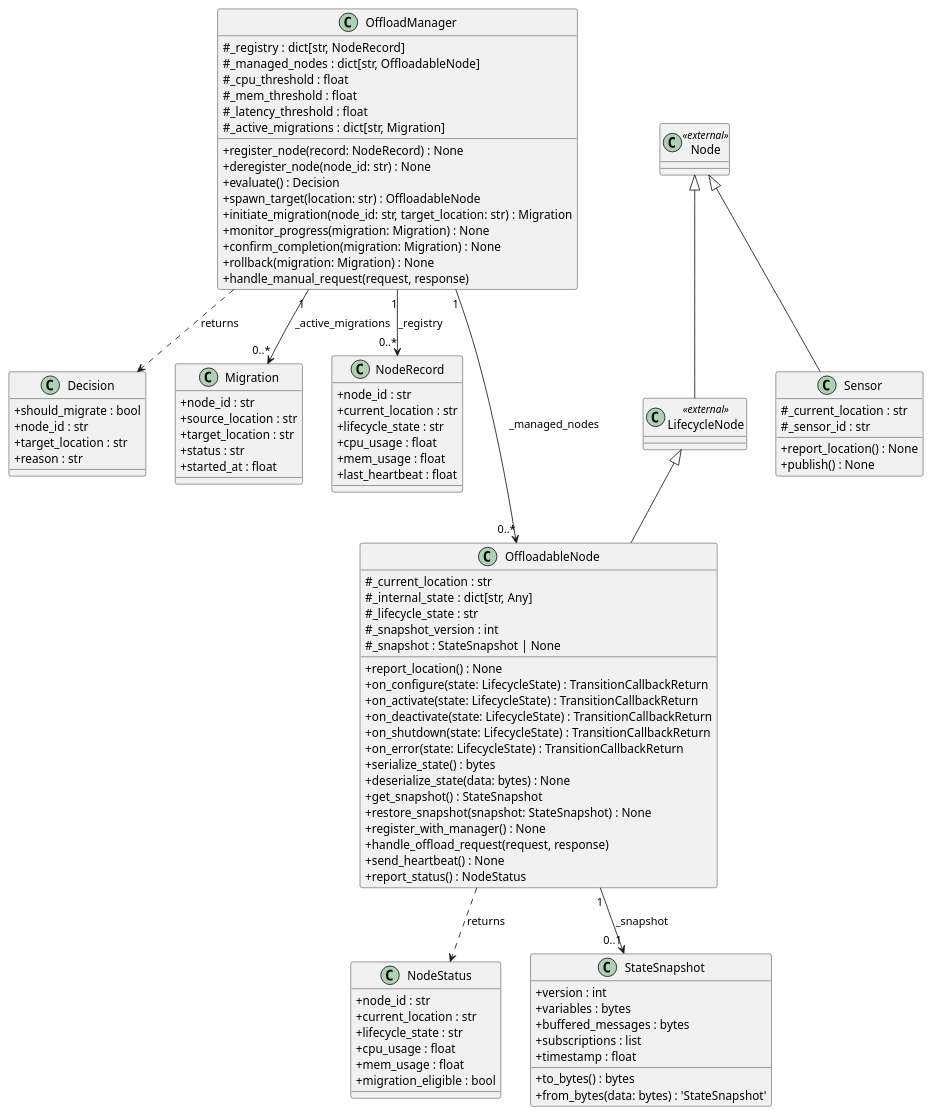
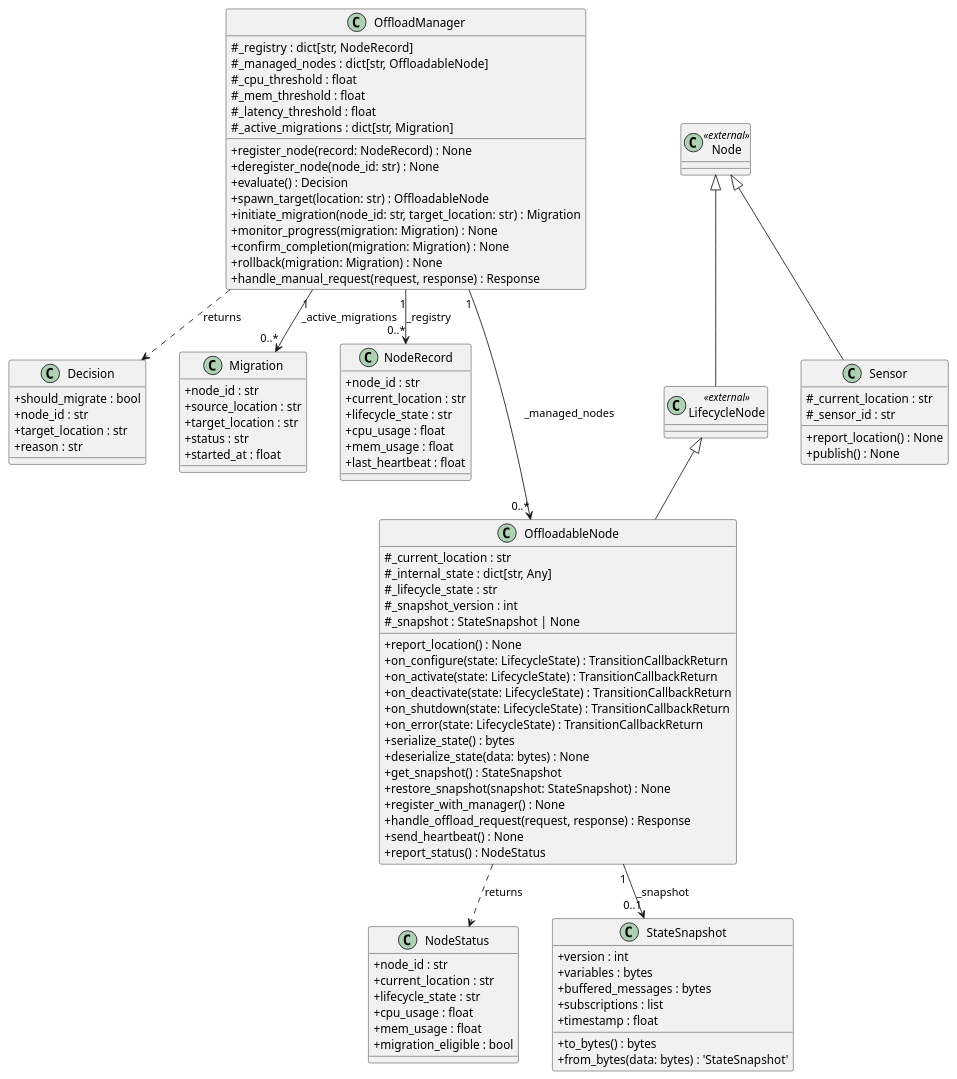
Before and after one commit to tridibbanik17/Task_Offloading_Initial_Architecture: the diagram in diagrams/classes_task_offloading.puml, drawn with PlantUML.

Commit message:
Added return types for all operations

```diff
--- a/diagrams/classes_task_offloading.puml
+++ b/diagrams/classes_task_offloading.puml
@@ -1,115 +1,118 @@
 @startuml classes_task_offloading
 set namespaceSeparator none
 skinparam classAttributeIconSize 0
 ' All classes here are concrete; render methods plain (not italic) so they
 ' are not misread as abstract.
 skinparam classFontStyle plain
 skinparam classAttributeFontStyle plain
+' Tighten spacing so multiplicity labels sit closer to the arrowheads.
+skinparam nodesep 40
+skinparam ranksep 45
 
 ' --- External base classes + Sensor (declared first to rank near the top) ---
 class "Node" as rclpy.node.Node <<external>>
 class "LifecycleNode" as rclpy.lifecycle.LifecycleNode <<external>>
 class "Sensor" as task_offloading.sensor.Sensor {
   # _current_location : str
   # _sensor_id : str
   + report_location() : None
   + publish() : None
 }
 
 class "Decision" as task_offloading.value_types.Decision {
   + should_migrate : bool
   + node_id : str
   + target_location : str
   + reason : str
 }
 class "Migration" as task_offloading.value_types.Migration {
   + node_id : str
   + source_location : str
   + target_location : str
   + status : str
   + started_at : float
 }
 class "NodeRecord" as task_offloading.value_types.NodeRecord {
   + node_id : str
   + current_location : str
   + lifecycle_state : str
   + cpu_usage : float
   + mem_usage : float
   + last_heartbeat : float
 }
 class "NodeStatus" as task_offloading.value_types.NodeStatus {
   + node_id : str
   + current_location : str
   + lifecycle_state : str
   + cpu_usage : float
   + mem_usage : float
   + migration_eligible : bool
 }
 class "StateSnapshot" as task_offloading.value_types.StateSnapshot {
   + version : int
   + variables : bytes
   + buffered_messages : bytes
   + subscriptions : list
   + timestamp : float
   + to_bytes() : bytes
   + from_bytes(data: bytes) : 'StateSnapshot'
 }
 class "OffloadManager" as task_offloading.offload_manager.OffloadManager {
   # _registry : dict[str, NodeRecord]
   # _managed_nodes : dict[str, OffloadableNode]
   # _cpu_threshold : float
   # _mem_threshold : float
   # _latency_threshold : float
   # _active_migrations : dict[str, Migration]
   + register_node(record: NodeRecord) : None
   + deregister_node(node_id: str) : None
   + evaluate() : Decision
   + spawn_target(location: str) : OffloadableNode
   + initiate_migration(node_id: str, target_location: str) : Migration
   + monitor_progress(migration: Migration) : None
   + confirm_completion(migration: Migration) : None
   + rollback(migration: Migration) : None
-  + handle_manual_request(request, response)
+  + handle_manual_request(request, response) : Response
 }
 class "OffloadableNode" as task_offloading.offloadable_node.OffloadableNode {
   # _current_location : str
   # _internal_state : dict[str, Any]
   # _lifecycle_state : str
   # _snapshot_version : int
   # _snapshot : StateSnapshot | None
   + report_location() : None
   + on_configure(state: LifecycleState) : TransitionCallbackReturn
   + on_activate(state: LifecycleState) : TransitionCallbackReturn
   + on_deactivate(state: LifecycleState) : TransitionCallbackReturn
   + on_shutdown(state: LifecycleState) : TransitionCallbackReturn
   + on_error(state: LifecycleState) : TransitionCallbackReturn
   + serialize_state() : bytes
   + deserialize_state(data: bytes) : None
   + get_snapshot() : StateSnapshot
   + restore_snapshot(snapshot: StateSnapshot) : None
   + register_with_manager() : None
-  + handle_offload_request(request, response)
+  + handle_offload_request(request, response) : Response
   + send_heartbeat() : None
   + report_status() : NodeStatus
 }
 ' --- Inheritance (declared parent <|-- child so parents rank at the top) ---
 ' LifecycleNode inherits Node in rclpy, so OffloadableNode is transitively a Node.
 rclpy.node.Node <|-- rclpy.lifecycle.LifecycleNode
 rclpy.node.Node <|-- task_offloading.sensor.Sensor
 rclpy.lifecycle.LifecycleNode <|-- task_offloading.offloadable_node.OffloadableNode
 
 ' --- Associations (stored attributes) ---
 task_offloading.offload_manager.OffloadManager "1" --> "0..*" task_offloading.offloadable_node.OffloadableNode : _managed_nodes
 task_offloading.offload_manager.OffloadManager "1" --> "0..*" task_offloading.value_types.Migration : _active_migrations
 task_offloading.offload_manager.OffloadManager "1" --> "0..*" task_offloading.value_types.NodeRecord : _registry
 task_offloading.offloadable_node.OffloadableNode "1" --> "0..1" task_offloading.value_types.StateSnapshot : _snapshot
 
 ' --- Dependencies (types used only in method signatures) ---
 task_offloading.offload_manager.OffloadManager ..> task_offloading.value_types.Decision : returns
 task_offloading.offloadable_node.OffloadableNode ..> task_offloading.value_types.NodeStatus : returns
 
 ' --- Layout hint: keep Node in the top-middle above LifecycleNode and Sensor,
 '     and bias the whole inheritance cluster to the top right. Hidden = not drawn. ---
 task_offloading.offload_manager.OffloadManager -[hidden]right- rclpy.node.Node
 rclpy.lifecycle.LifecycleNode -[hidden]right- task_offloading.sensor.Sensor
 @enduml
```
